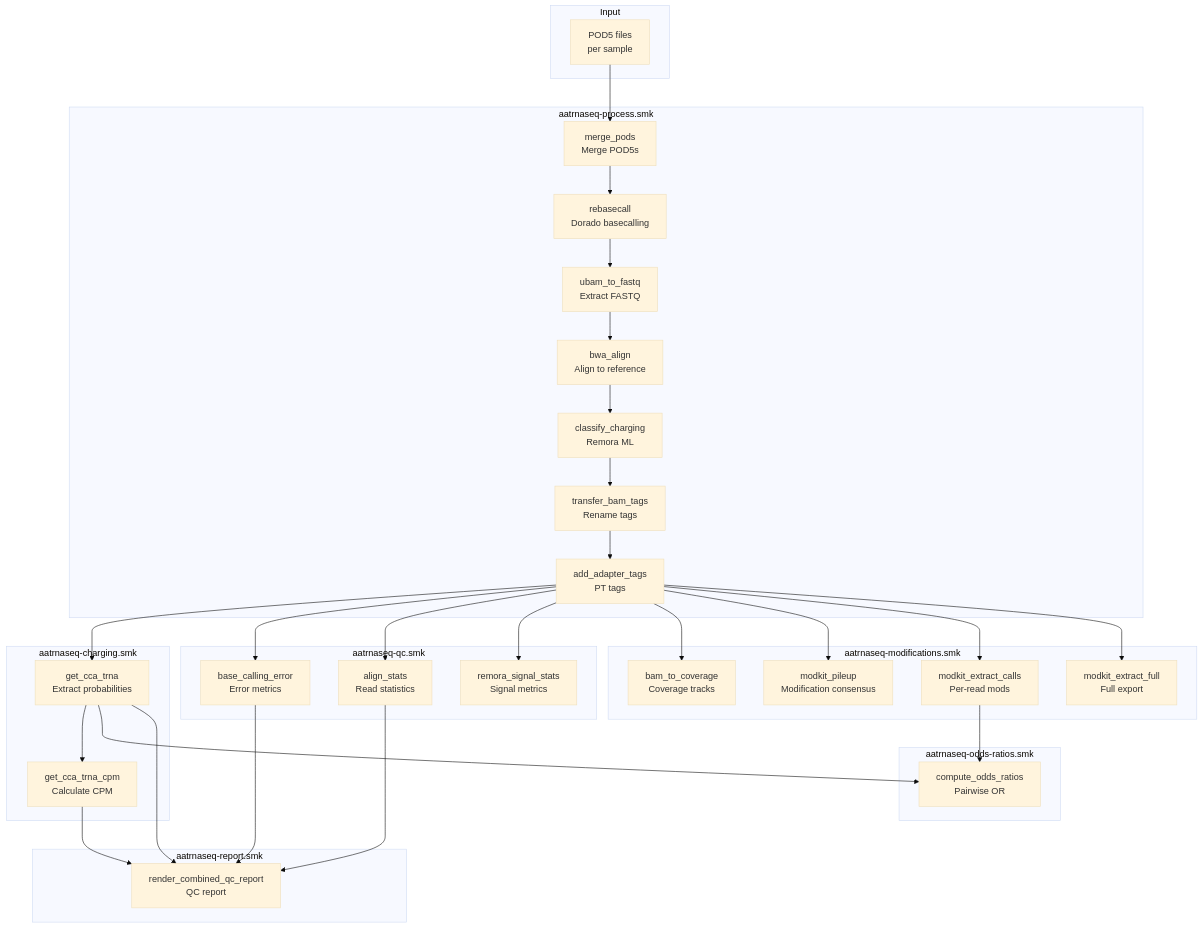
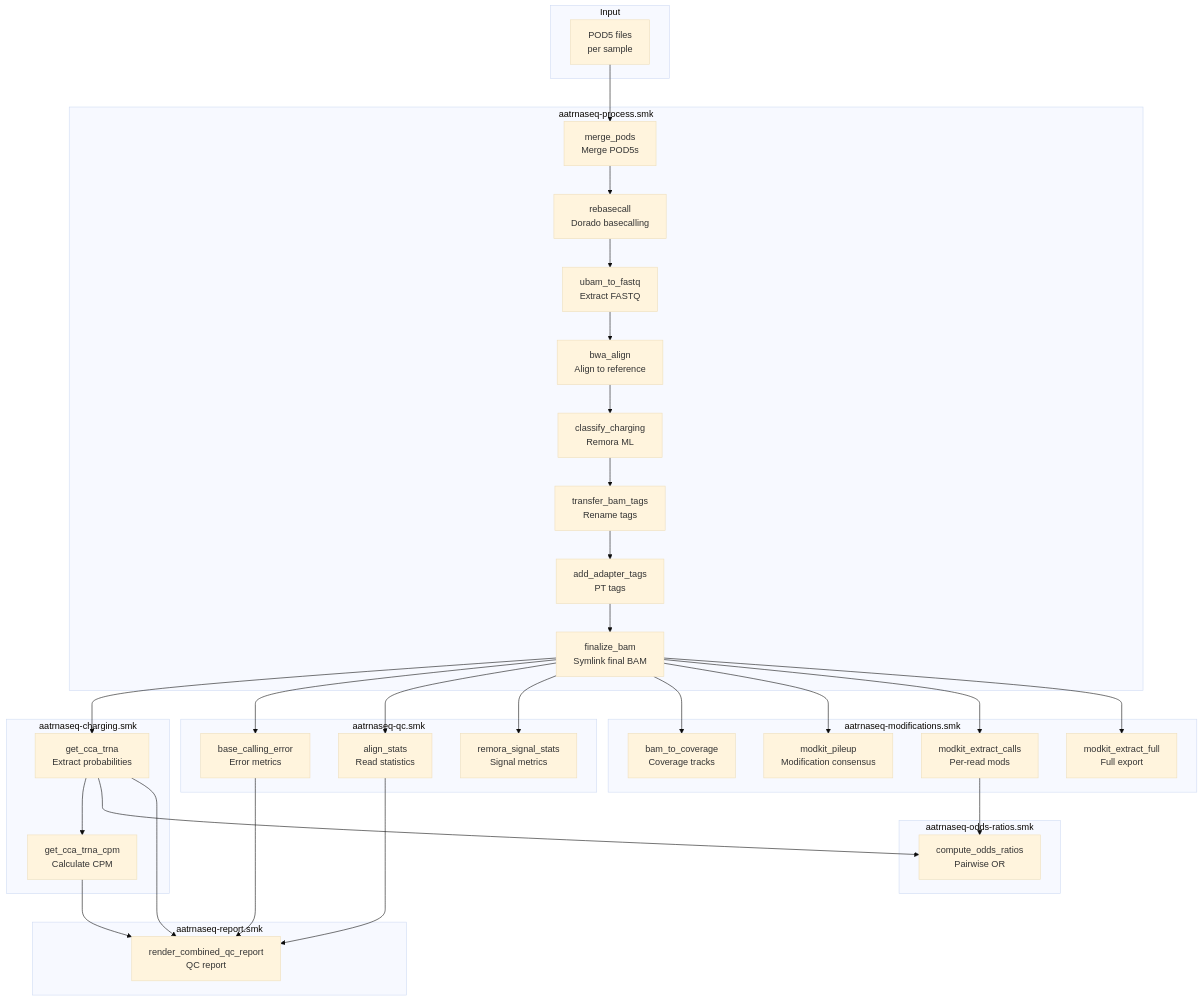
One commit to rnabioco/aa-tRNA-seq-pipeline changed the second of 3 diagrams in docs/workflow/overview.md. Above: the diagram before and after it, drawn with Mermaid (base theme). The commit also changed other lines of this file and 17 other files, not shown here.

````diff
--- a/docs/workflow/overview.md
+++ b/docs/workflow/overview.md
@@ -35,59 +35,60 @@
 ```mermaid
 flowchart TB
     subgraph Input
         A[POD5 files<br/>per sample]
     end
 
     subgraph Processing[aatrnaseq-process.smk]
         B[merge_pods<br/>Merge POD5s]
         C[rebasecall<br/>Dorado basecalling]
         D[ubam_to_fastq<br/>Extract FASTQ]
         E[bwa_align<br/>Align to reference]
         F[classify_charging<br/>Remora ML]
         G[transfer_bam_tags<br/>Rename tags]
         G2[add_adapter_tags<br/>PT tags]
+        G3[finalize_bam<br/>Symlink final BAM]
     end
 
     subgraph Charging[aatrnaseq-charging.smk]
         H[get_cca_trna<br/>Extract probabilities]
         I[get_cca_trna_cpm<br/>Calculate CPM]
     end
 
     subgraph QC[aatrnaseq-qc.smk]
         J[base_calling_error<br/>Error metrics]
         K[align_stats<br/>Read statistics]
         L[remora_signal_stats<br/>Signal metrics]
     end
 
     subgraph Mods[aatrnaseq-modifications.smk]
         M[bam_to_coverage<br/>Coverage tracks]
         N[modkit_pileup<br/>Modification consensus]
         O[modkit_extract_calls<br/>Per-read mods]
         P[modkit_extract_full<br/>Full export]
     end
 
     subgraph OddsRatios[aatrnaseq-odds-ratios.smk]
         Q[compute_odds_ratios<br/>Pairwise OR]
     end
 
     subgraph Report[aatrnaseq-report.smk]
         R[render_combined_qc_report<br/>QC report]
     end
 
-    A --> B --> C --> D --> E --> F --> G --> G2
+    A --> B --> C --> D --> E --> F --> G --> G2 --> G3
 
-    G2 --> H --> I
-    G2 --> J
-    G2 --> K
-    G2 --> L
-    G2 --> M
-    G2 --> N
-    G2 --> O
-    G2 --> P
+    G3 --> H --> I
+    G3 --> J
+    G3 --> K
+    G3 --> L
+    G3 --> M
+    G3 --> N
+    G3 --> O
+    G3 --> P
     O --> Q
     H --> Q
     J --> R
     H --> R
     I --> R
     K --> R
 ```
````
